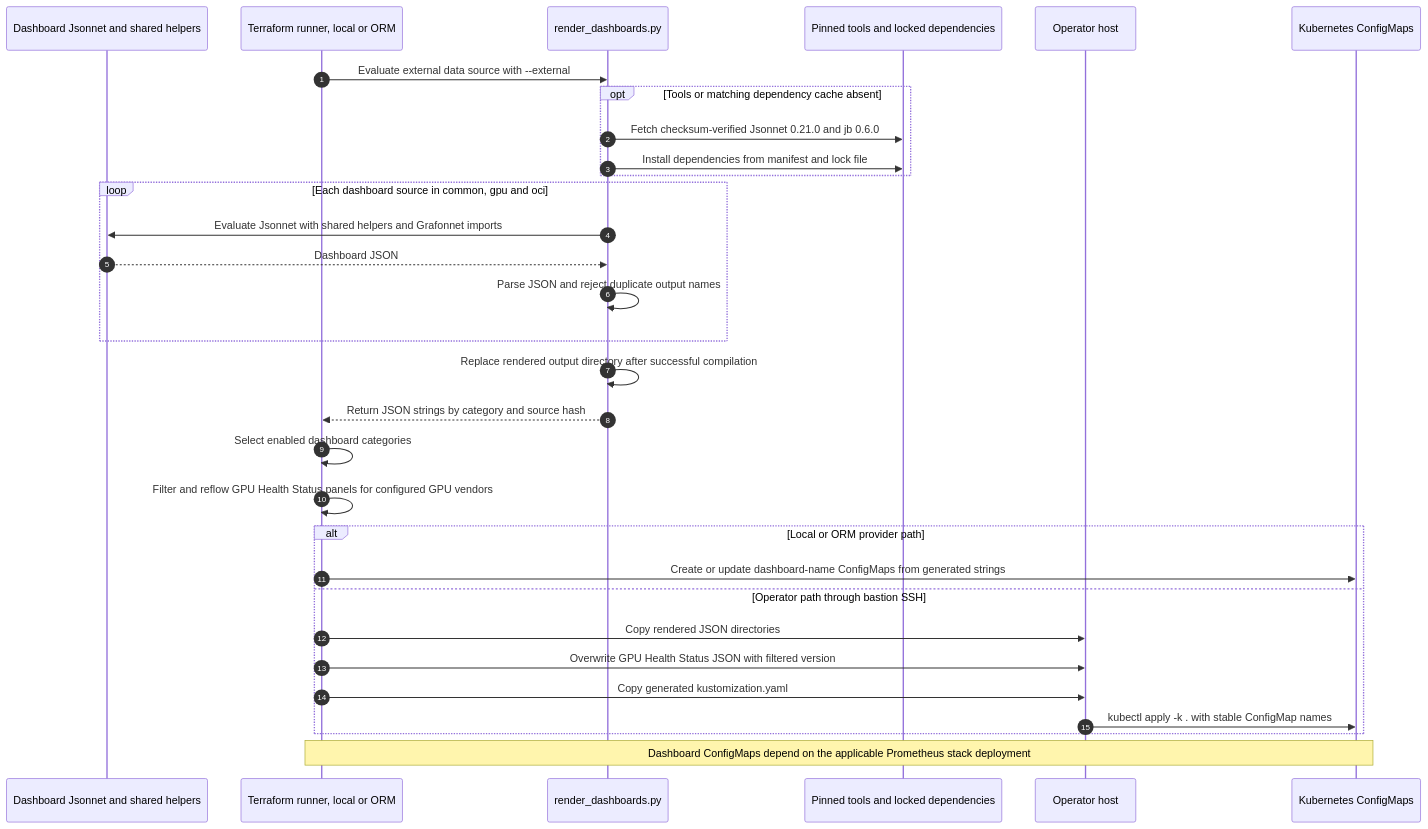
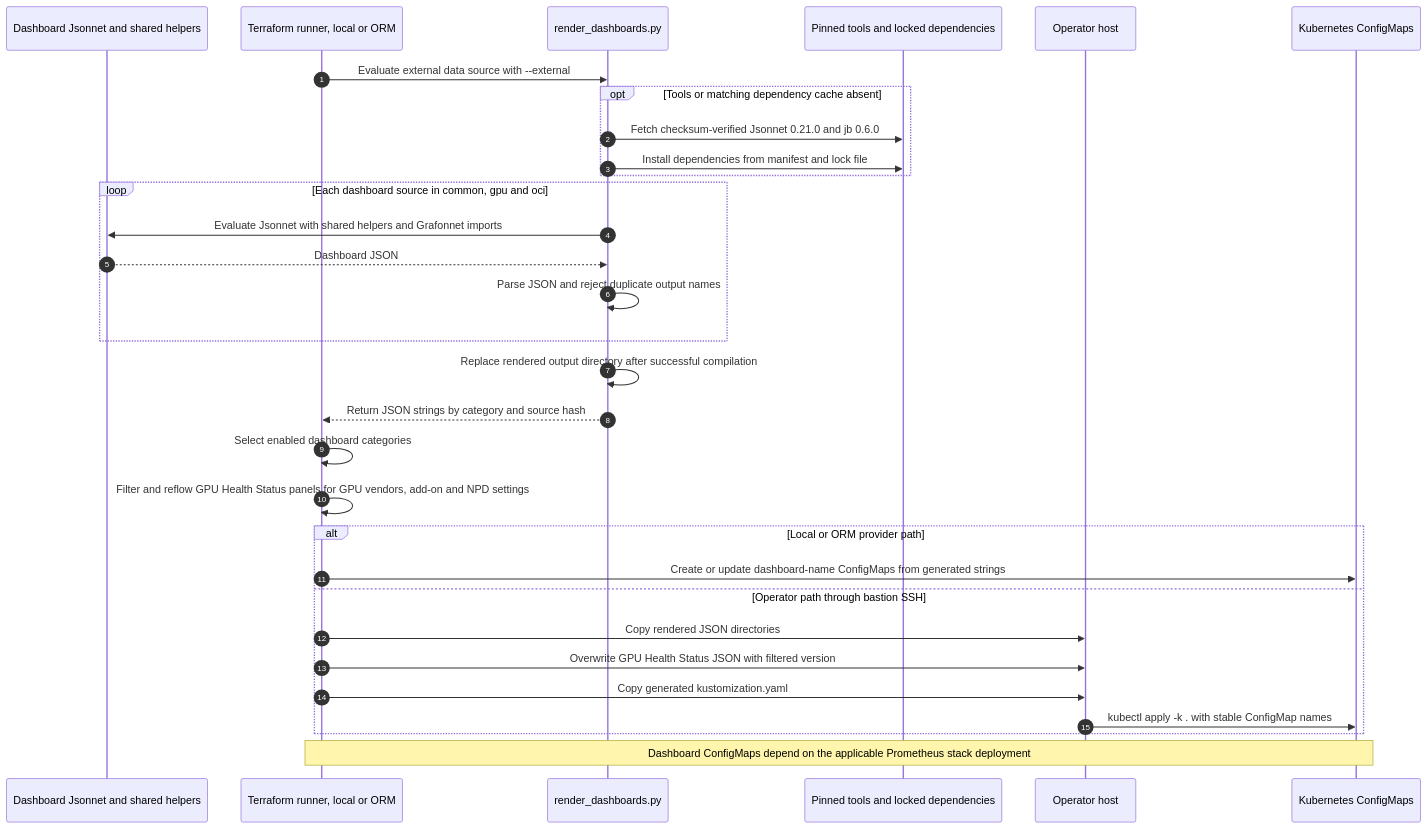
Before and after one commit to oracle-quickstart/oci-hpc-oke: the ninth of 12 diagrams in docs/architecture-sequence-diagram.md, drawn with Mermaid. The commit also changed other lines of this file and 51 other files, not shown here.

````diff
--- a/docs/architecture-sequence-diagram.md
+++ b/docs/architecture-sequence-diagram.md
@@ -383,34 +383,34 @@
 ```mermaid
 sequenceDiagram
     autonumber
     participant Source as Dashboard Jsonnet and shared helpers
     participant TF as Terraform runner, local or ORM
     participant Render as render_dashboards.py
     participant Deps as Pinned tools and locked dependencies
     participant Operator as Operator host
     participant API as Kubernetes ConfigMaps
 
     TF->>Render: Evaluate external data source with --external
     opt Tools or matching dependency cache absent
         Render->>Deps: Fetch checksum-verified Jsonnet 0.21.0 and jb 0.6.0
         Render->>Deps: Install dependencies from manifest and lock file
     end
     loop Each dashboard source in common, gpu and oci
         Render->>Source: Evaluate Jsonnet with shared helpers and Grafonnet imports
         Source-->>Render: Dashboard JSON
         Render->>Render: Parse JSON and reject duplicate output names
     end
     Render->>Render: Replace rendered output directory after successful compilation
     Render-->>TF: Return JSON strings by category and source hash
     TF->>TF: Select enabled dashboard categories
-    TF->>TF: Filter and reflow GPU Health Status panels for configured GPU vendors
+    TF->>TF: Filter and reflow GPU Health Status panels for GPU vendors, add-on and NPD settings
     alt Local or ORM provider path
         TF->>API: Create or update dashboard-name ConfigMaps from generated strings
     else Operator path through bastion SSH
         TF->>Operator: Copy rendered JSON directories
         TF->>Operator: Overwrite GPU Health Status JSON with filtered version
         TF->>Operator: Copy generated kustomization.yaml
         Operator->>API: kubectl apply -k . with stable ConfigMap names
     end
     Note over TF,API: Dashboard ConfigMaps depend on the applicable Prometheus stack deployment
 ```
````
